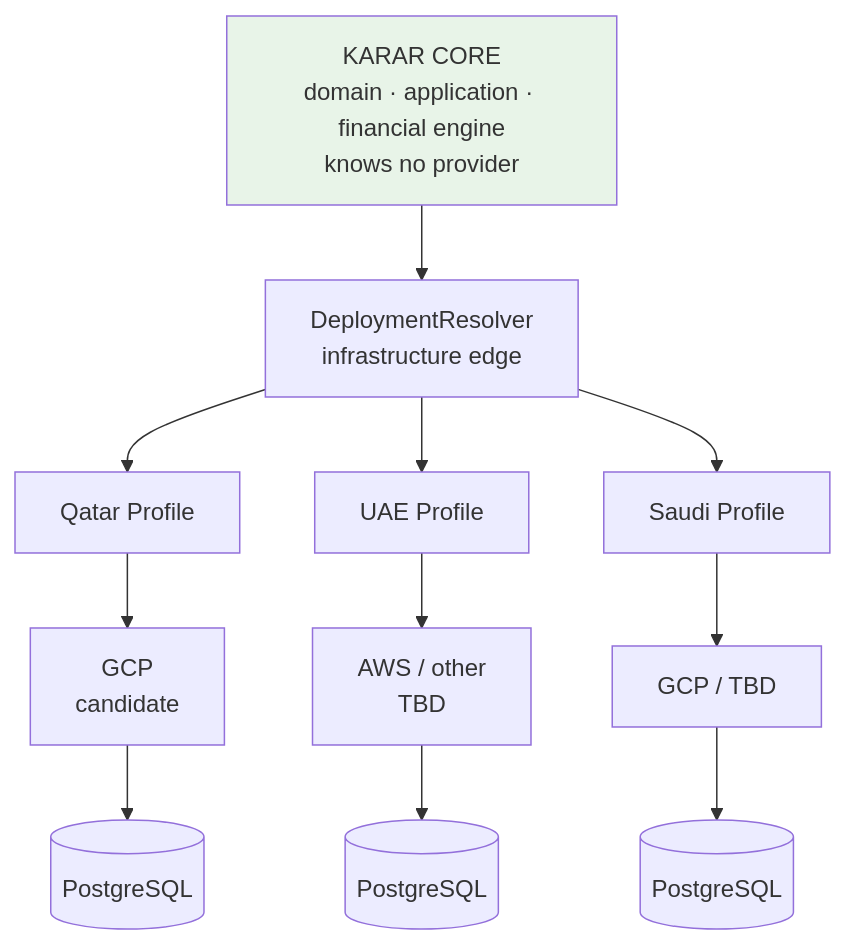
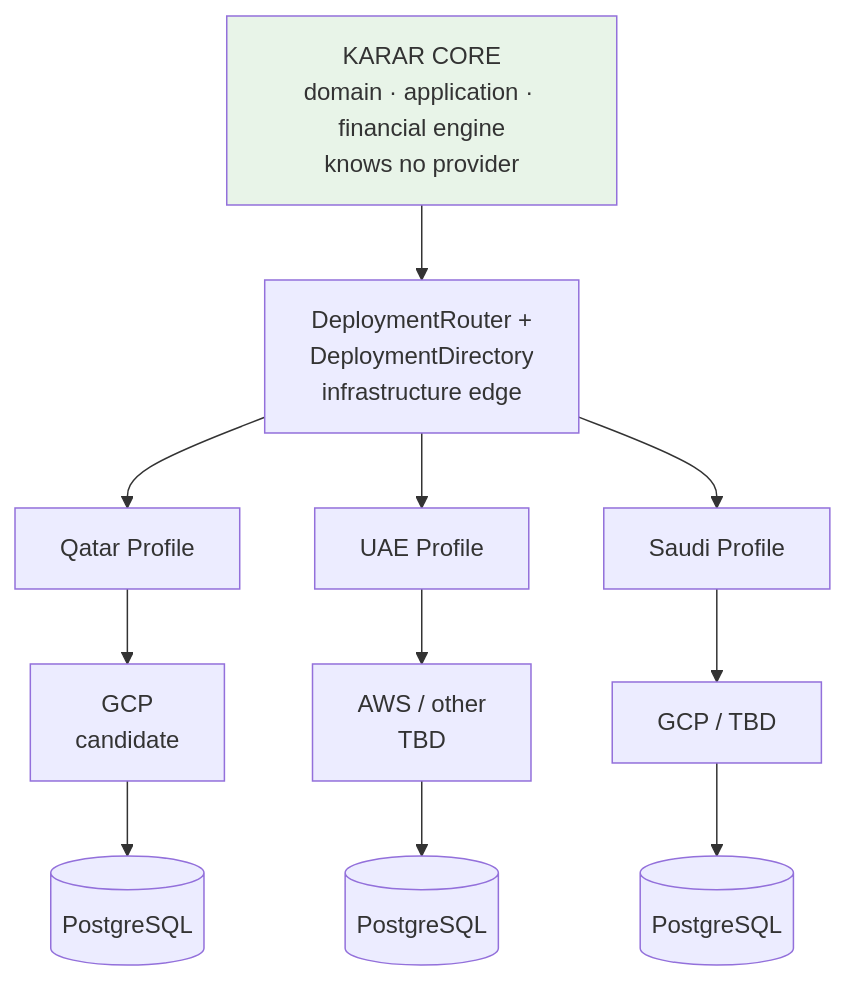
One commit to MoayadAlobaidi/Karar-Flutter-version changed the diagram in docs/architecture/infrastructure-portability.md. Above: the diagram before and after it, drawn with Mermaid. The commit also changed other lines of this file and 33 other files, not shown here.

First line of the commit message:
docs: finalize deployment portability and pre-merge architecture

````diff
--- a/docs/architecture/infrastructure-portability.md
+++ b/docs/architecture/infrastructure-portability.md
@@ -77,15 +138,15 @@
 ```mermaid
 graph TB
     CORE[KARAR CORE<br/>domain · application · financial engine<br/>knows no provider]
-    CORE --> DR[DeploymentResolver<br/>infrastructure edge]
+    CORE --> DR[DeploymentRouter +<br/>DeploymentDirectory<br/>infrastructure edge]
     DR --> QP[Qatar Profile]
     DR --> UP[UAE Profile]
     DR --> SP[Saudi Profile]
     QP --> QC[GCP<br/>candidate]
     UP --> UC[AWS / other<br/>TBD]
     SP --> SC[GCP / TBD]
     QC --> QDB[(PostgreSQL)]
     UC --> UDB[(PostgreSQL)]
     SC --> SDB[(PostgreSQL)]
     style CORE fill:#e8f4e8
 ```
````
